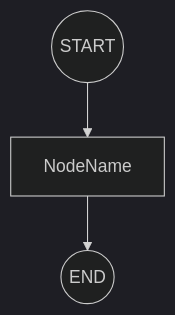
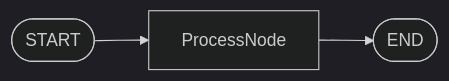
The first of 3 diagrams in act_operator/act_operator/scaffold/{{ cookiecutter.act_slug }}/.claude/skills/act-architect/resources/design/edge-routing.md (Proact0/Act-Operator), drawn with Mermaid (dark theme) before and after one commit. The commit also changed other lines of this file and 9 other files, not shown here.

Commit message:
Update version to 0.2.4, add new template paths for improved project scaffolding, and enhance documentation for interactive conversation protocols in the act-architect skill.

````diff
--- a/act_operator/act_operator/scaffold/{{ cookiecutter.act_slug }}/.claude/skills/act-architect/resources/design/edge-routing.md
+++ b/act_operator/act_operator/scaffold/{{ cookiecutter.act_slug }}/.claude/skills/act-architect/resources/design/edge-routing.md
@@ -16,5 +16,5 @@
 ```mermaid
-graph TD
-    START((START)) --> NodeName[NodeName]
-    NodeName --> END((END))
+graph LR
+    START([START]) --> A[ProcessNode]
+    A --> END([END])
 ```
````
